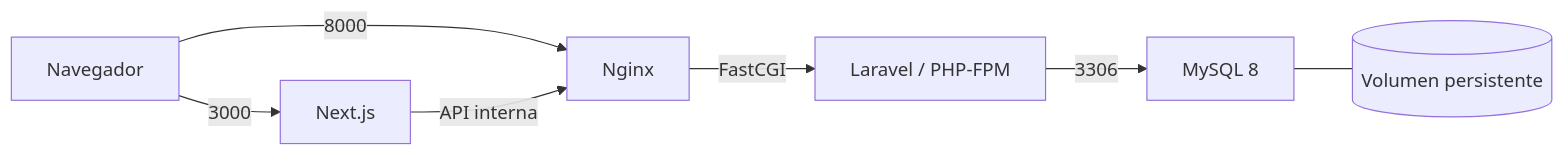
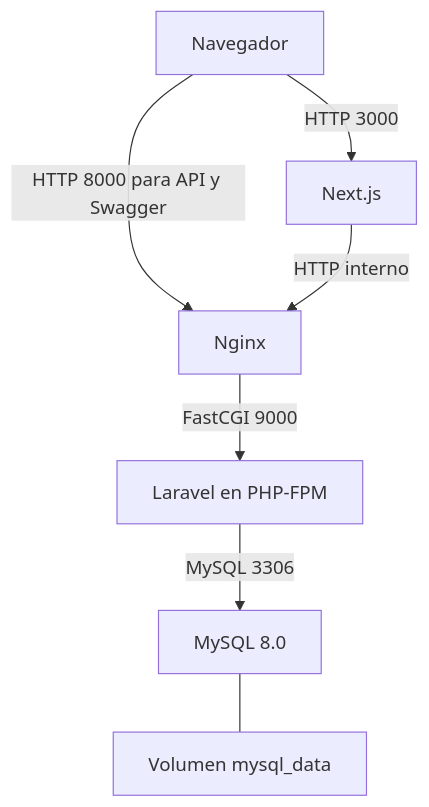
The diagram in README.md (italo0072/multi-stage-y-optimizacion-en-docker), drawn with Mermaid before and after one commit. The commit also changed other lines of this file, not shown here.

````diff
--- a/README.md
+++ b/README.md
@@ -7,9 +7,9 @@
 ```mermaid
-flowchart LR
-    U["Navegador"] -->|"3000"| F["Next.js"]
-    U -->|"8000"| N["Nginx"]
-    F -->|"API interna"| N
-    N -->|"FastCGI"| L["Laravel / PHP-FPM"]
-    L -->|"3306"| D["MySQL 8"]
-    D --- V[("Volumen persistente")]
+flowchart TD
+    B["Navegador"] -->|"HTTP 3000"| F["Next.js"]
+    B -->|"HTTP 8000 para API y Swagger"| N["Nginx"]
+    F -->|"HTTP interno"| N
+    N -->|"FastCGI 9000"| P["Laravel en PHP-FPM"]
+    P -->|"MySQL 3306"| D["MySQL 8.0"]
+    D --- V["Volumen mysql_data"]
 ```
````
